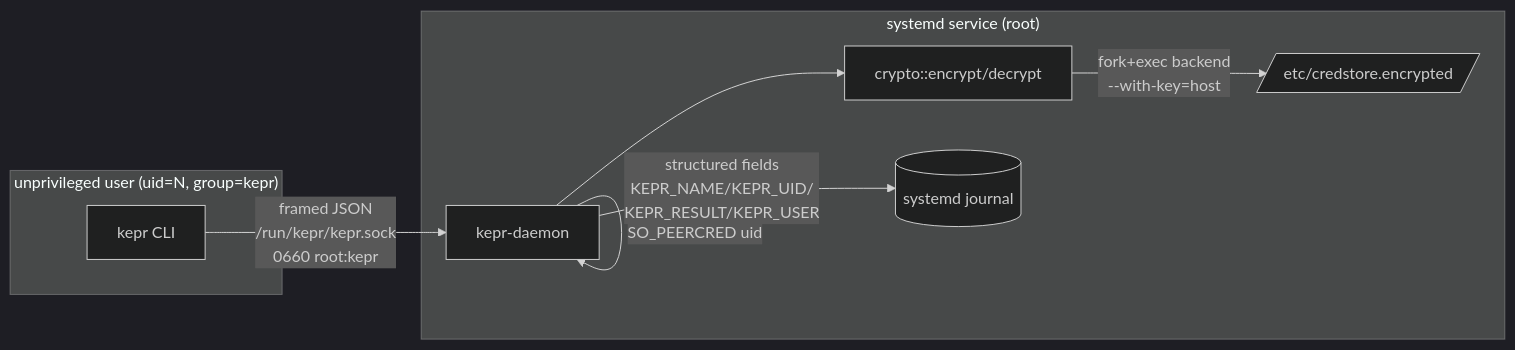
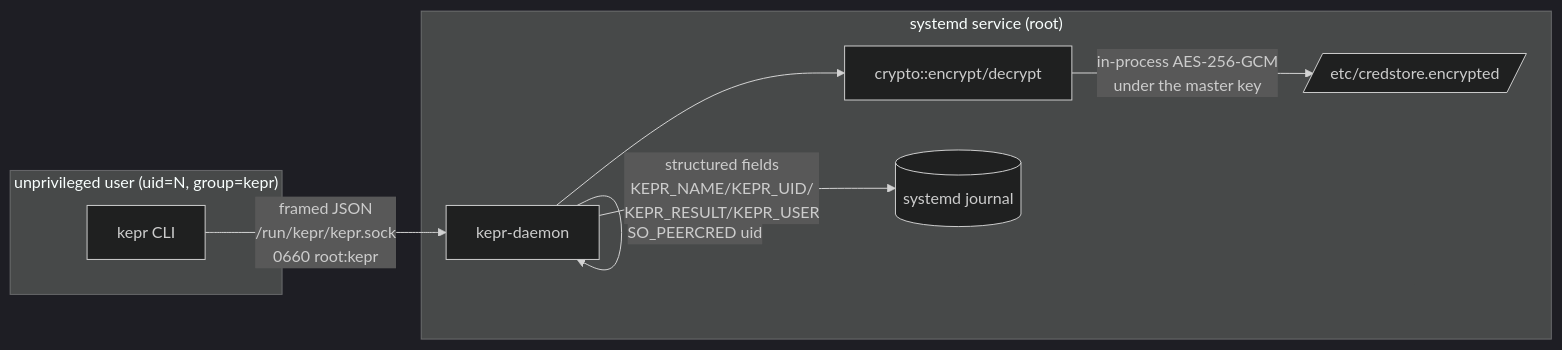
Before and after one commit to justdoGIT/kepr: the diagram in docs/content/docs/architecture/overview.mdx, drawn with Mermaid (dark theme). The commit also changed other lines of this file and 286 other files, not shown here.

````diff
--- a/docs/content/docs/architecture/overview.mdx
+++ b/docs/content/docs/architecture/overview.mdx
@@ -22,17 +27,17 @@
 ```mermaid
 flowchart LR
     subgraph User["unprivileged user (uid=N, group=kepr)"]
         CLI[kepr CLI]
     end
     subgraph Root["systemd service (root)"]
         D[kepr-daemon]
         C["crypto::encrypt/decrypt"]
         S[/etc/credstore.encrypted/]
         J[(systemd journal)]
     end
     CLI -- "framed JSON\n/run/kepr/kepr.sock\n0660 root:kepr" --> D
     D -- "SO_PEERCRED uid" --> D
     D --> C
-    C -- "fork+exec backend\n--with-key=host" --> S
+    C -- "in-process AES-256-GCM\nunder the master key" --> S
     D -- "structured fields\nKEPR_NAME/KEPR_UID/\nKEPR_RESULT/KEPR_USER" --> J
 ```
````
